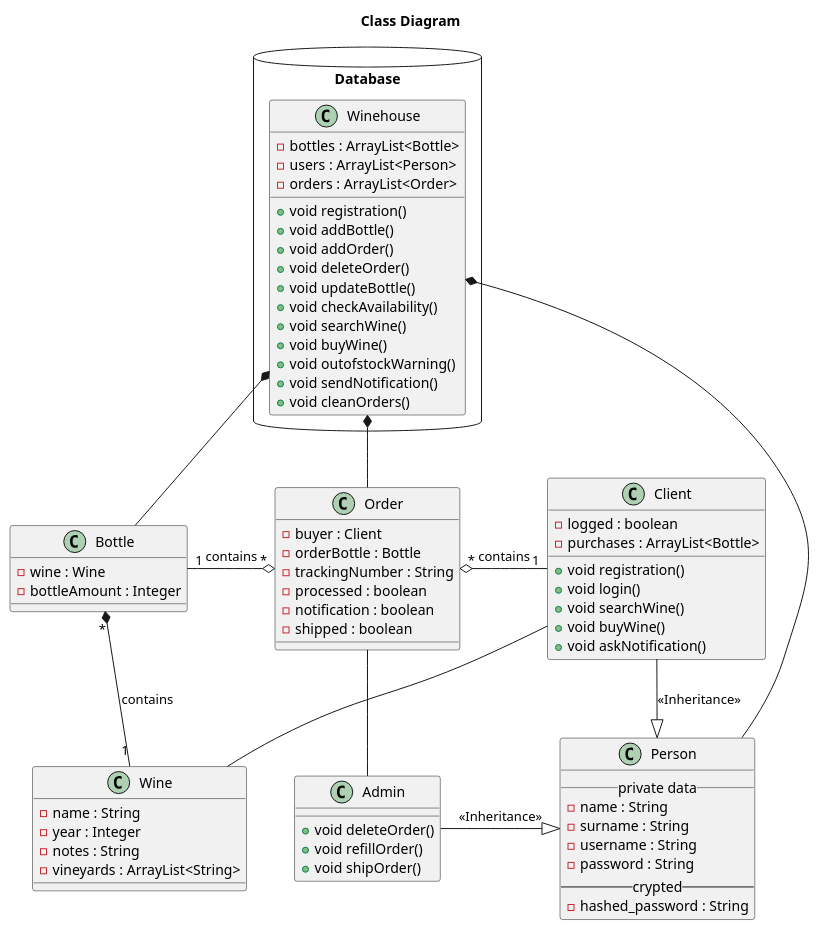
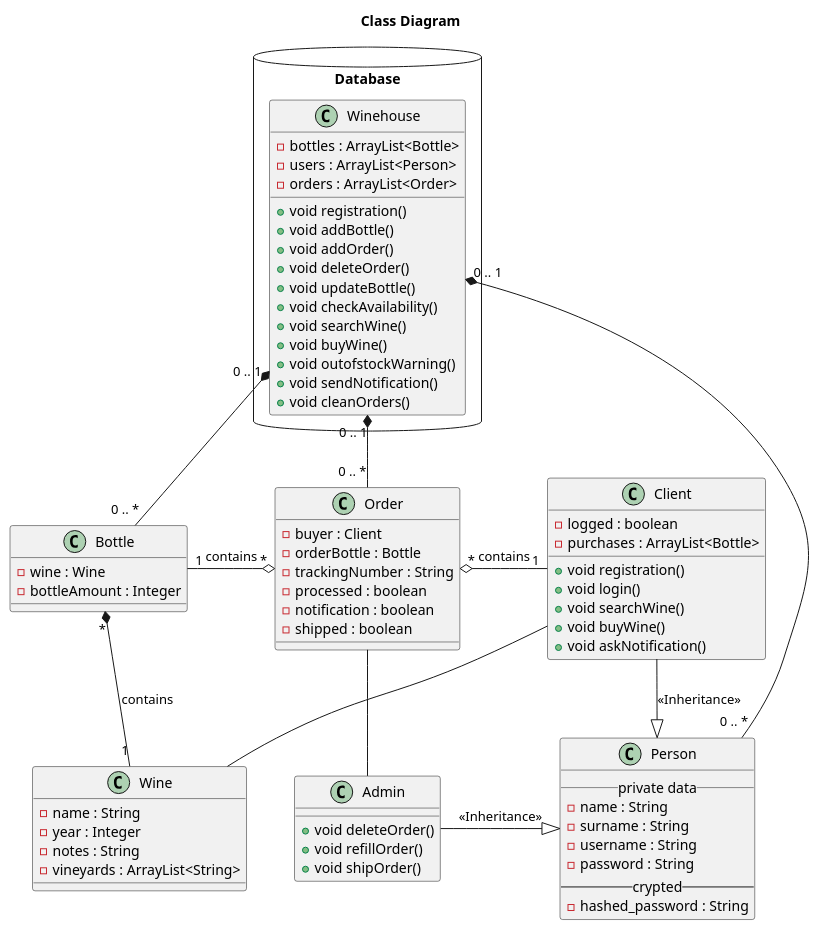
One commit to danielepelleg/software_engineering changed the diagram in Assegnamento2/src/main/uml/UML-ClassDiagram.puml. Above: the diagram before and after it, drawn with PlantUML. The commit also changed 3 other files, not shown here.

```diff
--- a/Assegnamento2/src/main/uml/UML-ClassDiagram.puml
+++ b/Assegnamento2/src/main/uml/UML-ClassDiagram.puml
@@ -1,84 +1,84 @@
 @startuml
 title Class Diagram
 
 package Database <<Database>> {
   class Winehouse{
     -bottles : ArrayList<Bottle>
     -users : ArrayList<Person>
     -orders : ArrayList<Order>
     +void registration()
     +void addBottle()
     +void addOrder()
     +void deleteOrder()
     +void updateBottle()
     +void checkAvailability()
     +void searchWine()
     +void buyWine()
     +void outofstockWarning()
     +void sendNotification()
     +void cleanOrders()
   }
 }
-Winehouse *-- Order
-Winehouse *-- Person
-Winehouse *-- Bottle
+Winehouse "0 .. 1" *-- "0 .. *" Order
+Winehouse "0 .. 1" *-- "0 .. *" Person
+Winehouse "0 .. 1" *-- "0 .. *" Bottle
 
 class Person {
     __ private data __
     -name : String
     -surname : String
     -username : String
     -password : String
     -- crypted --
     -hashed_password : String
 }
 
 class Client {
     -logged : boolean
     -purchases : ArrayList<Bottle>
     +void registration()
     +void login()
     +void searchWine()
     +void buyWine()
     +void askNotification()
 }
 
 Client -- Wine
 
 class Admin {
     +void deleteOrder()
     +void refillOrder()
     +void shipOrder()
 }
 
 Admin -up- Order
 
 Person <|-up- Client : <<Inheritance>>
 Person <|-left- Admin : <<Inheritance>>
 
 class Wine {
     -name : String
     -year : Integer
     -notes : String
     -vineyards : ArrayList<String>
 }
 
 class Bottle {
     -wine : Wine
     -bottleAmount : Integer
 }
 
 Bottle "*" *-up- "1" Wine : contains
 
 class Order {
     -buyer : Client
     -orderBottle : Bottle
     -trackingNumber : String
     -processed : boolean
     -notification : boolean
     -shipped : boolean
 }
 
 Order "*" o-left- "1" Bottle : contains
 Order "*" o-right- "1" Client : contains
 @enduml
```
